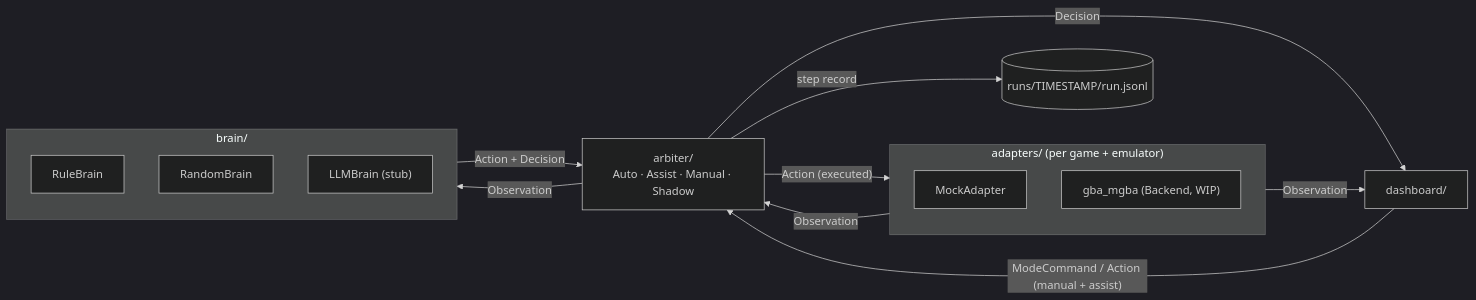
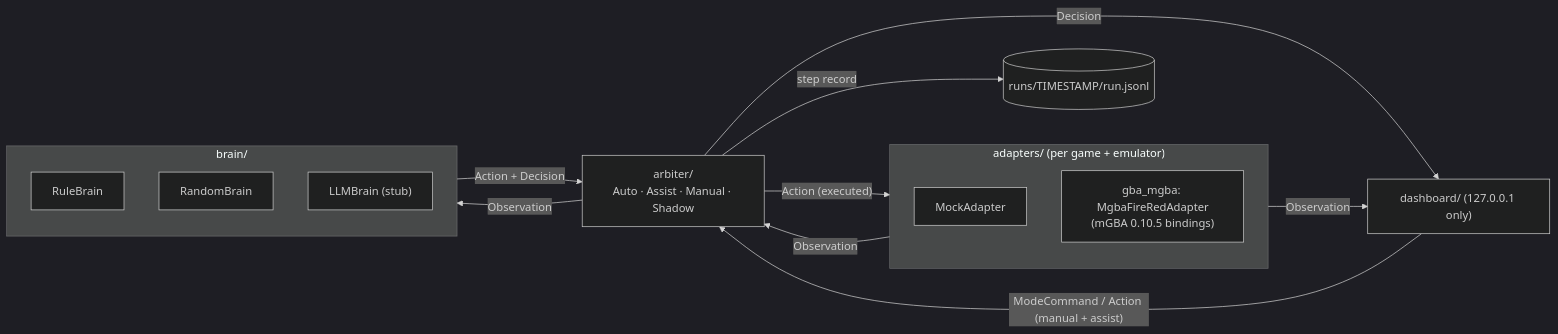
One commit to stevetsang852/game-brain changed the diagram in README.md. Above: the diagram before and after it, drawn with Mermaid (dark theme). The commit also changed other lines of this file, not shown here.

Commit message:
docs: README in Traditional Chinese — honest status, real-ROM quick start, modes/actor, run log/replay, roadmap

````diff
--- a/README.md
+++ b/README.md
@@ -17,24 +32,24 @@
 ```mermaid
 flowchart LR
     subgraph Adapter["adapters/ (per game + emulator)"]
         MOCK[MockAdapter]
-        MGBA["gba_mgba (Backend, WIP)"]
+        MGBA["gba_mgba: MgbaFireRedAdapter<br/>(mGBA 0.10.5 bindings)"]
     end
     subgraph Brains["brain/"]
         RB[RuleBrain]
         RND[RandomBrain]
         LLM["LLMBrain (stub)"]
     end
     ARB["arbiter/<br/>Auto · Assist · Manual · Shadow"]
     LOG[("runs/TIMESTAMP/run.jsonl")]
-    DASH["dashboard/"]
+    DASH["dashboard/ (127.0.0.1 only)"]
 
     Adapter -- Observation --> ARB
     ARB -- Observation --> Brains
     Brains -- "Action + Decision" --> ARB
     ARB -- "Action (executed)" --> Adapter
     ARB -- step record --> LOG
     Adapter -- Observation --> DASH
     ARB -- Decision --> DASH
     DASH -- "ModeCommand / Action (manual + assist)" --> ARB
 ```
````
